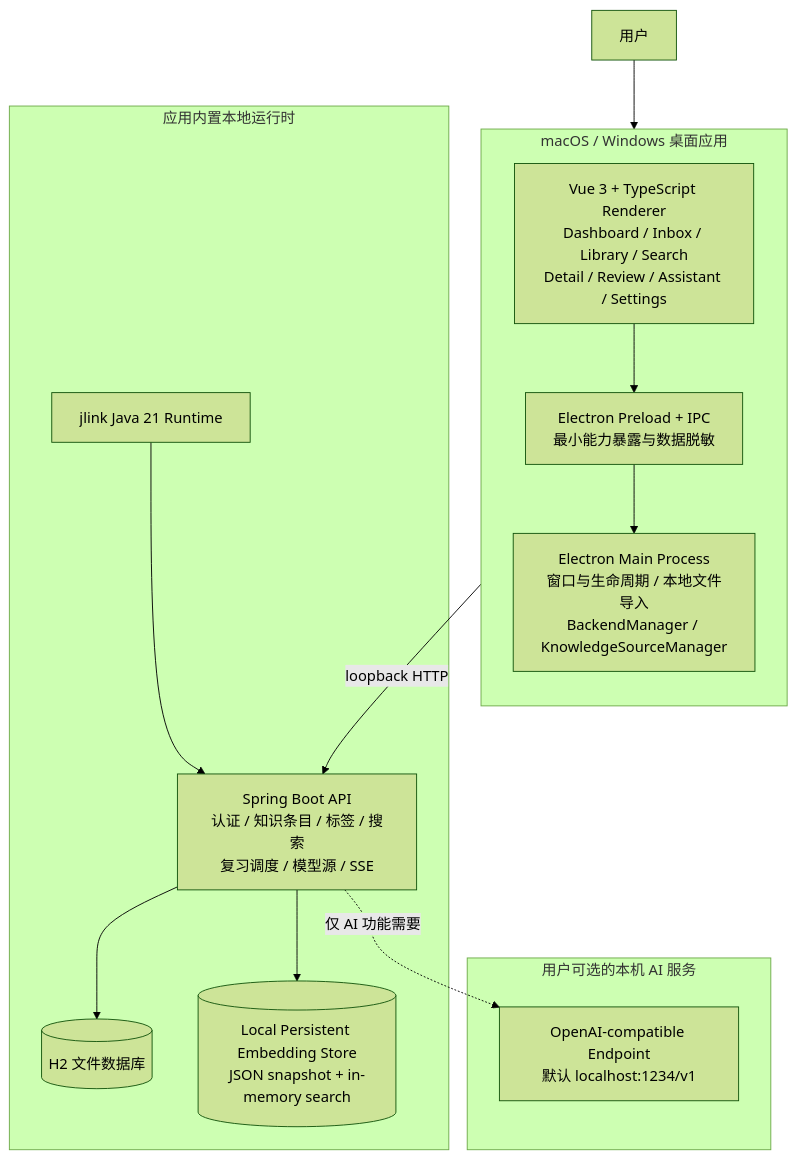
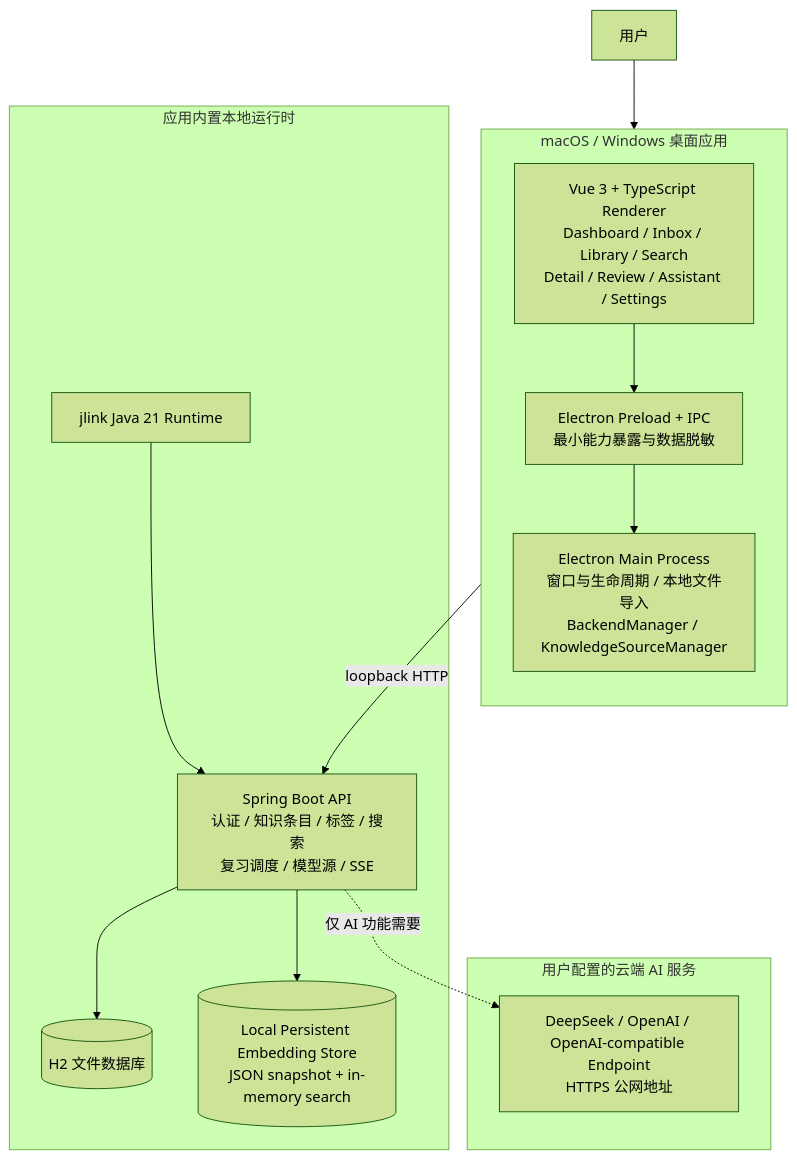
The second of 6 diagrams in PROJECT_SHOWCASE.md (lqq151510/Ai-Agent), drawn with Mermaid (forest theme) before and after one commit. The commit also changed other lines of this file and 22 other files, not shown here.

````diff
--- a/PROJECT_SHOWCASE.md
+++ b/PROJECT_SHOWCASE.md
@@ -28,30 +28,30 @@
 ```mermaid
 flowchart TB
     U[用户]
 
     subgraph Desktop[macOS / Windows 桌面应用]
         direction TB
         UI[Vue 3 + TypeScript Renderer<br/>Dashboard / Inbox / Library / Search<br/>Detail / Review / Assistant / Settings]
         IPC[Electron Preload + IPC<br/>最小能力暴露与数据脱敏]
         MAIN[Electron Main Process<br/>窗口与生命周期 / 本地文件导入<br/>BackendManager / KnowledgeSourceManager]
     end
 
     subgraph LocalRuntime[应用内置本地运行时]
         API[Spring Boot API<br/>认证 / 知识条目 / 标签 / 搜索<br/>复习调度 / 模型源 / SSE]
         DB[(H2 文件数据库)]
         VEC[(Local Persistent Embedding Store<br/>JSON snapshot + in-memory search)]
         JRE[jlink Java 21 Runtime]
     end
 
-    subgraph OptionalAI[用户可选的本机 AI 服务]
-        MODEL[OpenAI-compatible Endpoint<br/>默认 localhost:1234/v1]
+    subgraph CloudAI[用户配置的云端 AI 服务]
+        MODEL[DeepSeek / OpenAI / OpenAI-compatible Endpoint<br/>HTTPS 公网地址]
     end
 
     U --> UI
     UI --> IPC --> MAIN
     MAIN -->|loopback HTTP| API
     JRE --> API
     API --> DB
     API --> VEC
     API -.->|仅 AI 功能需要| MODEL
 ```
````
